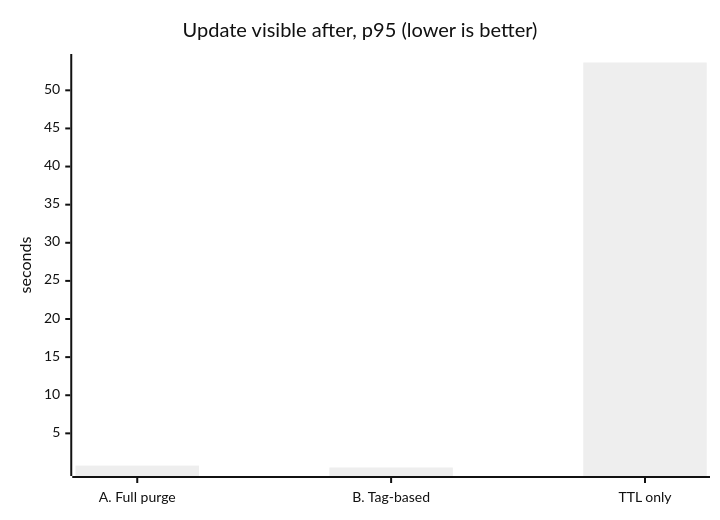
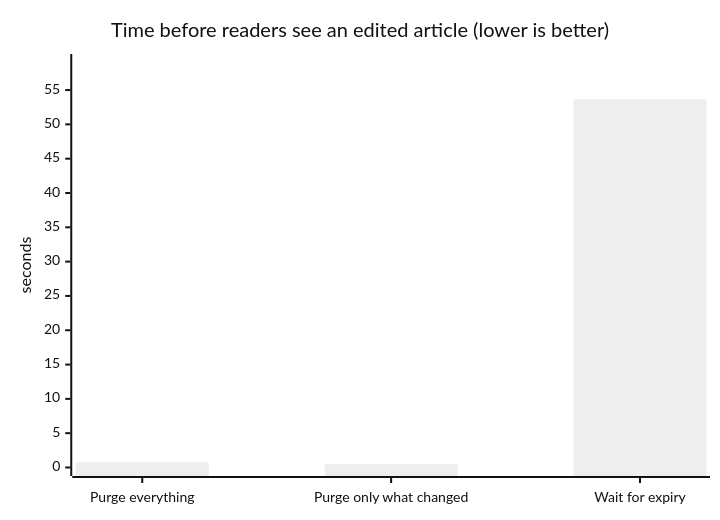
Before and after one commit to thamine-alaeddine/invalidate-less: the seventh of 8 diagrams in README.md, drawn with Mermaid (neutral theme). The commit also changed other lines of this file and 1 other file, not shown here.

Commit message:
docs: use plain-language labels and zero-based axes in result charts

````diff
--- a/README.md
+++ b/README.md
@@ -363,7 +365,7 @@
 ```mermaid
 xychart-beta
-    title "Update visible after, p95 (lower is better)"
-    x-axis ["A. Full purge", "B. Tag-based", "TTL only"]
-    y-axis "seconds"
+    title "Time before readers see an edited article (lower is better)"
+    x-axis ["Purge everything", "Purge only what changed", "Wait for expiry"]
+    y-axis "seconds" 0 --> 59.015
     bar [0.77, 0.52, 53.65]
 ```
````
